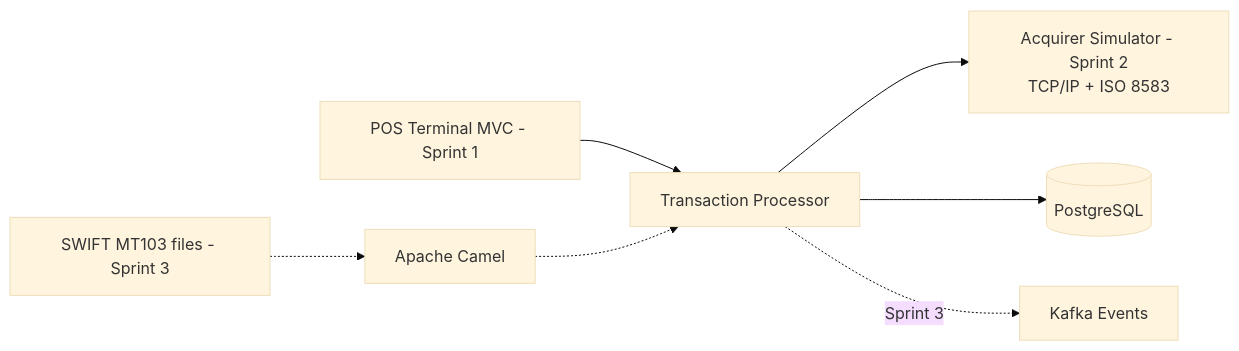
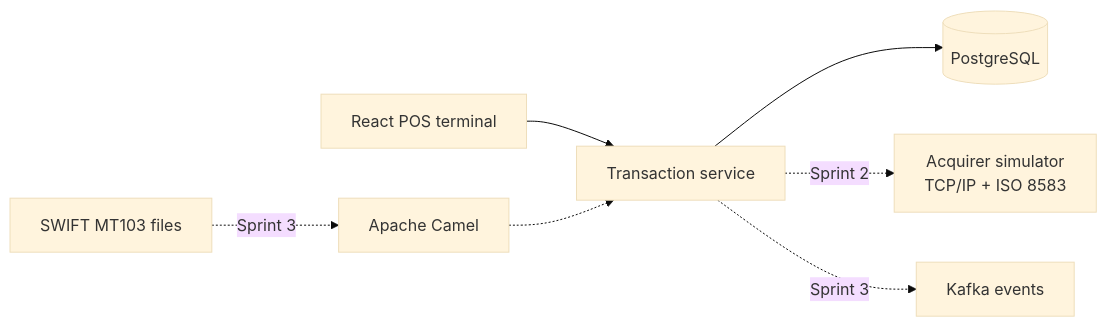
The diagram in README.md (LucasBrovetto/financial-integration-platform), drawn with Mermaid (base theme) before and after one commit. The commit also changed other lines of this file and 3 other files, not shown here.

````diff
--- a/README.md
+++ b/README.md
@@ -27,8 +19,8 @@
 ```mermaid
 flowchart LR
-    POS[POS Terminal MVC - Sprint 1] --> Processor[Transaction Processor]
-    Processor --> Acquirer[Acquirer Simulator - Sprint 2\nTCP/IP + ISO 8583]
+    POS[React POS terminal] --> Processor[Transaction service]
     Processor --> Database[(PostgreSQL)]
-    Processor -. Sprint 3 .-> Kafka[Kafka Events]
-    Swift[SWIFT MT103 files - Sprint 3] -.-> Camel[Apache Camel] -.-> Processor
+    Processor -. Sprint 2 .-> Acquirer[Acquirer simulator\nTCP/IP + ISO 8583]
+    Processor -. Sprint 3 .-> Kafka[Kafka events]
+    Swift[SWIFT MT103 files] -. Sprint 3 .-> Camel[Apache Camel] -.-> Processor
 ```
````
